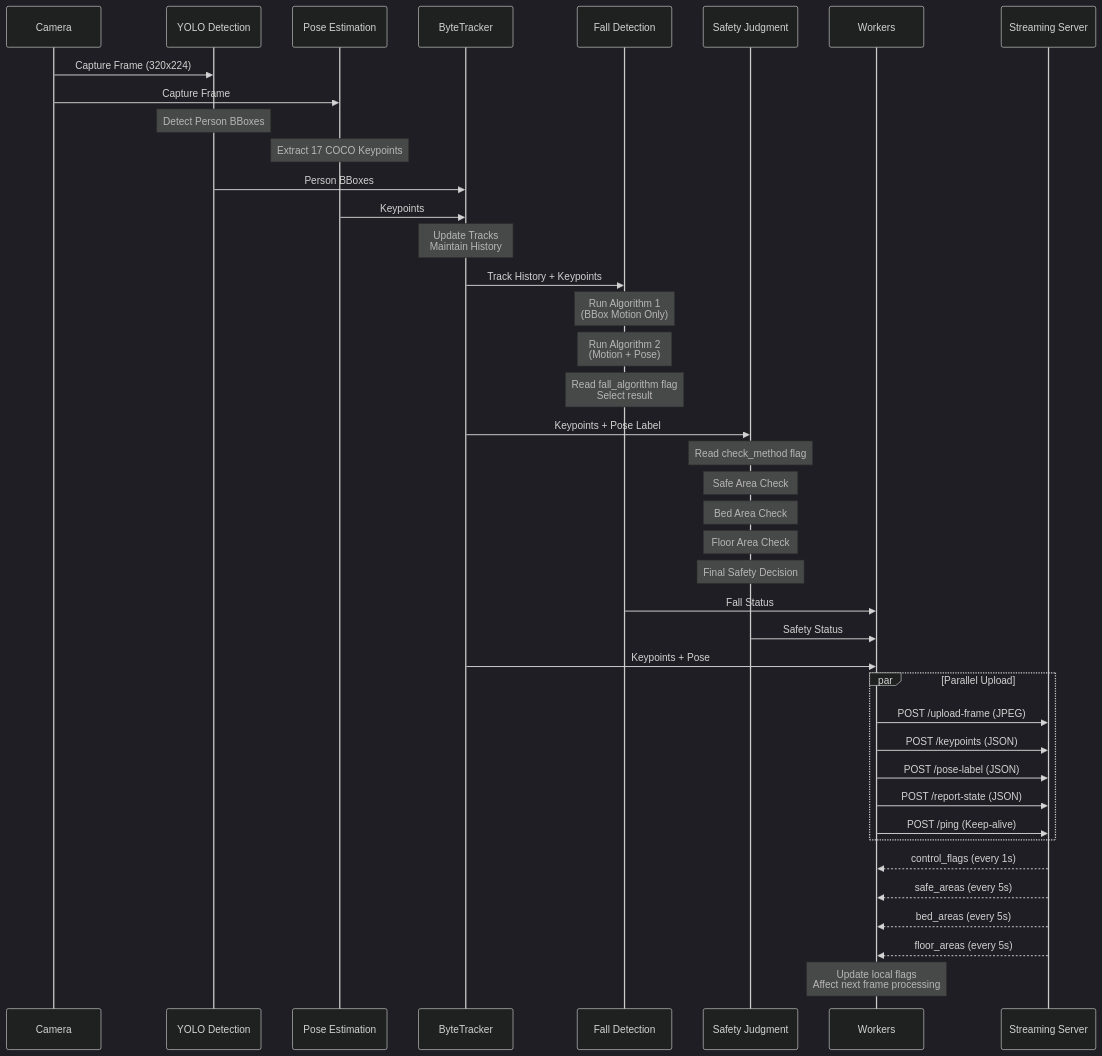
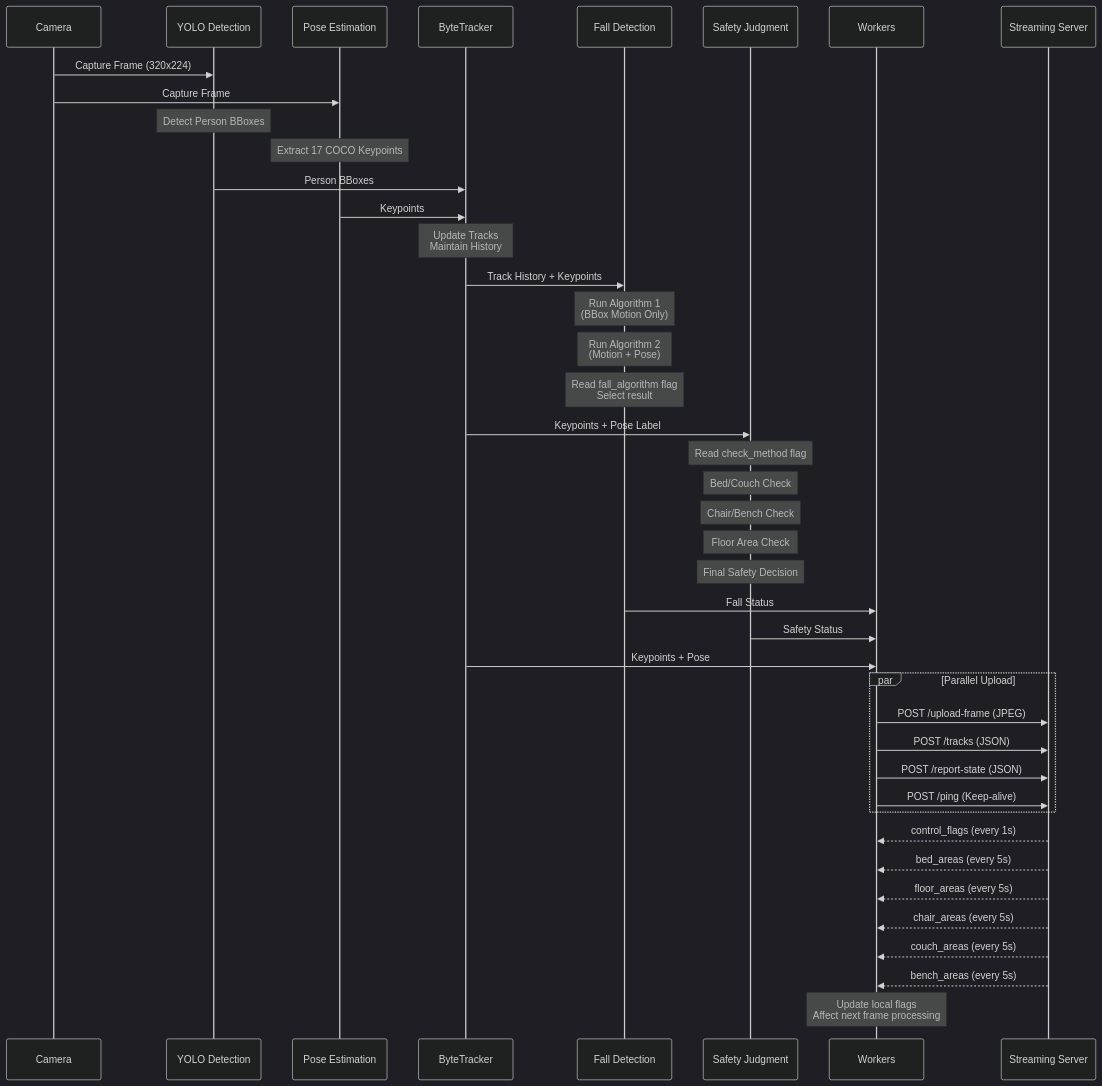
The second of 8 diagrams in README.md (yudhisthereal/Private-Surveillence-MaixCAM), drawn with Mermaid (dark theme) before and after one commit. The commit also changed other lines of this file and 9 other files, not shown here.

````diff
--- a/README.md
+++ b/README.md
@@ -251,53 +246,54 @@
 ```mermaid
 sequenceDiagram
     participant C as Camera
     participant D as YOLO Detection
     participant P as Pose Estimation
     participant T as ByteTracker
     participant F as Fall Detection
     participant S as Safety Judgment
     participant W as Workers
     participant SS as Streaming Server
 
     C->>D: Capture Frame (320x224)
     C->>P: Capture Frame
 
     Note over D: Detect Person BBoxes
 
     Note over P: Extract 17 COCO Keypoints
 
     D->>T: Person BBoxes
     P->>T: Keypoints
     Note over T: Update Tracks<br/>Maintain History
 
     T->>F: Track History + Keypoints
     Note over F: Run Algorithm 1<br/>(BBox Motion Only)
     Note over F: Run Algorithm 2<br/>(Motion + Pose)
     Note over F: Read fall_algorithm flag<br/>Select result
 
     T->>S: Keypoints + Pose Label
     Note over S: Read check_method flag
-    Note over S: Safe Area Check
-    Note over S: Bed Area Check
+    Note over S: Bed/Couch Check
+    Note over S: Chair/Bench Check
     Note over S: Floor Area Check
     Note over S: Final Safety Decision
 
     F->>W: Fall Status
     S->>W: Safety Status
     T->>W: Keypoints + Pose
 
     par Parallel Upload
         W->>SS: POST /upload-frame (JPEG)
-        W->>SS: POST /keypoints (JSON)
-        W->>SS: POST /pose-label (JSON)
+        W->>SS: POST /tracks (JSON)
         W->>SS: POST /report-state (JSON)
         W->>SS: POST /ping (Keep-alive)
     end
 
     SS-->>W: control_flags (every 1s)
-    SS-->>W: safe_areas (every 5s)
     SS-->>W: bed_areas (every 5s)
     SS-->>W: floor_areas (every 5s)
+    SS-->>W: chair_areas (every 5s)
+    SS-->>W: couch_areas (every 5s)
+    SS-->>W: bench_areas (every 5s)
 
     Note over W: Update local flags<br/>Affect next frame processing
 ```
````
